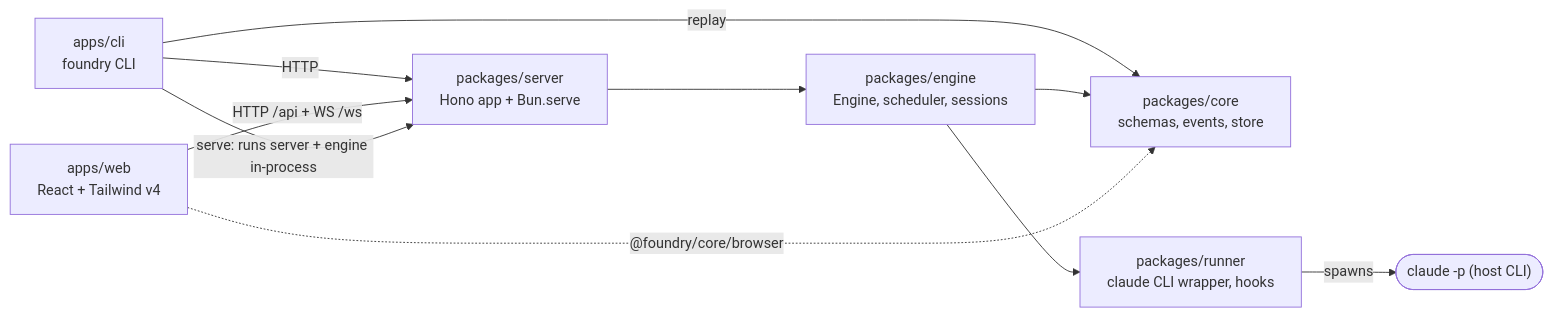
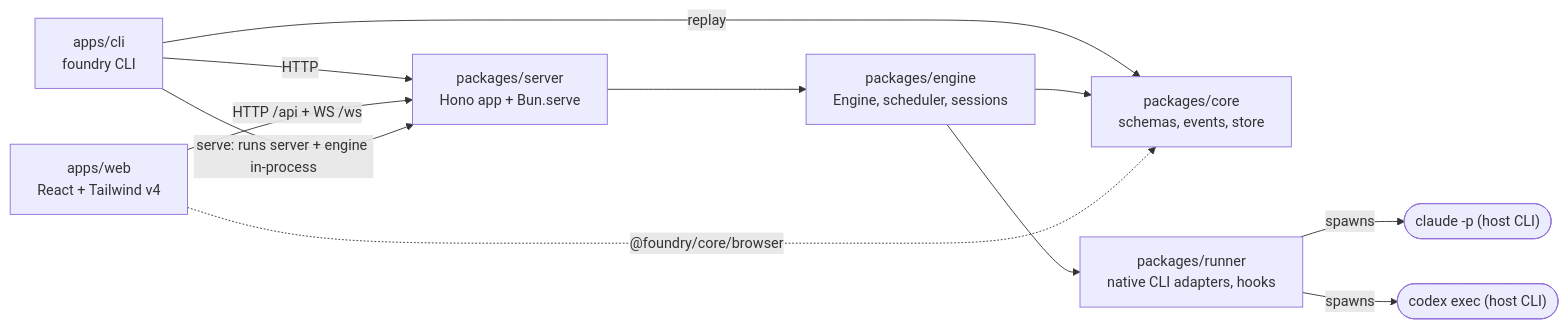
Before and after one commit to louiskhenghao/Foundry: the first of 3 diagrams in docs/develop/architecture.md, drawn with Mermaid. The commit also changed other lines of this file and 56 other files, not shown here.

````diff
--- a/docs/develop/architecture.md
+++ b/docs/develop/architecture.md
@@ -7,14 +7,15 @@
 ```mermaid
 flowchart LR
   cli["apps/cli<br/>foundry CLI"] -->|HTTP| server
   web["apps/web<br/>React + Tailwind v4"] -->|HTTP /api + WS /ws| server
   cli -->|serve: runs server + engine in-process| server
   cli -->|replay| core
   server["packages/server<br/>Hono app + Bun.serve"] --> engine
   engine["packages/engine<br/>Engine, scheduler, sessions"] --> core
   engine --> runner
-  runner["packages/runner<br/>claude CLI wrapper, hooks"]
+  runner["packages/runner<br/>native CLI adapters, hooks"]
   core["packages/core<br/>schemas, events, store"]
   web -.->|"@foundry/core/browser"| core
   runner -->|spawns| claude(["claude -p (host CLI)"])
+  runner -->|spawns| codex(["codex exec (host CLI)"])
 ```
````
